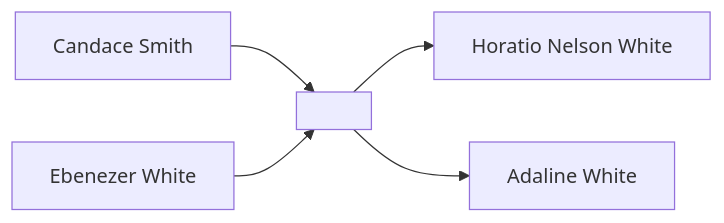
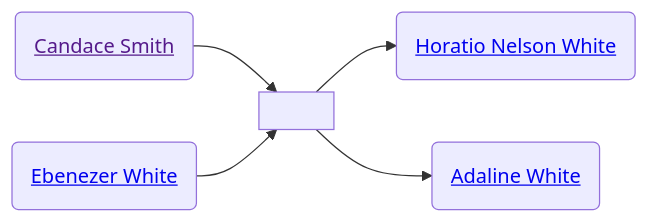
One commit to neelsmith/avocational changed the second of 2 diagrams in familyhistory/sources/people/Merrill-line/White-line/Candace-Smith-line/Candace_Smith.qmd. Above: the diagram before and after it, drawn with Mermaid. The commit also changed other lines of this file and 71 other files, not shown here.

````diff
--- a/familyhistory/sources/people/Merrill-line/White-line/Candace-Smith-line/Candace_Smith.qmd
+++ b/familyhistory/sources/people/Merrill-line/White-line/Candace-Smith-line/Candace_Smith.qmd
@@ -37,7 +41,12 @@
 ```{mermaid}
 graph LR
-Candace_Smith[Candace Smith] --> Candace_Smith+Ebenezer_White[ ]
-Ebenezer_White[Ebenezer White] --> Candace_Smith+Ebenezer_White[ ]
-Candace_Smith+Ebenezer_White[ ] --> Horatio_Nelson_White[Horatio Nelson White]
-Candace_Smith+Ebenezer_White[ ] --> Adaline_White[Adaline White]
+class Candace_Smith_and_Ebenezer_White marriage
+Candace_Smith(<a href=''>Candace Smith</>) --> Candace_Smith_and_Ebenezer_White[ ]
+Ebenezer_White(<a href='./../Ebenezer_White.html'>Ebenezer White</>) --> Candace_Smith_and_Ebenezer_White(( ))
+Candace_Smith_and_Ebenezer_White[ ] --> Horatio_Nelson_White(<a href='./../Horatio_Nelson_White.html'>Horatio Nelson White</>)
+Candace_Smith_and_Ebenezer_White[ ] --> Adaline_White(<a href='./../Adaline_White.html'>Adaline White</>)
+classDef mother fill:#ffd1dc
+classDef father fill:#daf0f7  
+classDef marriage fill:#ffffff
+
 ```
````
